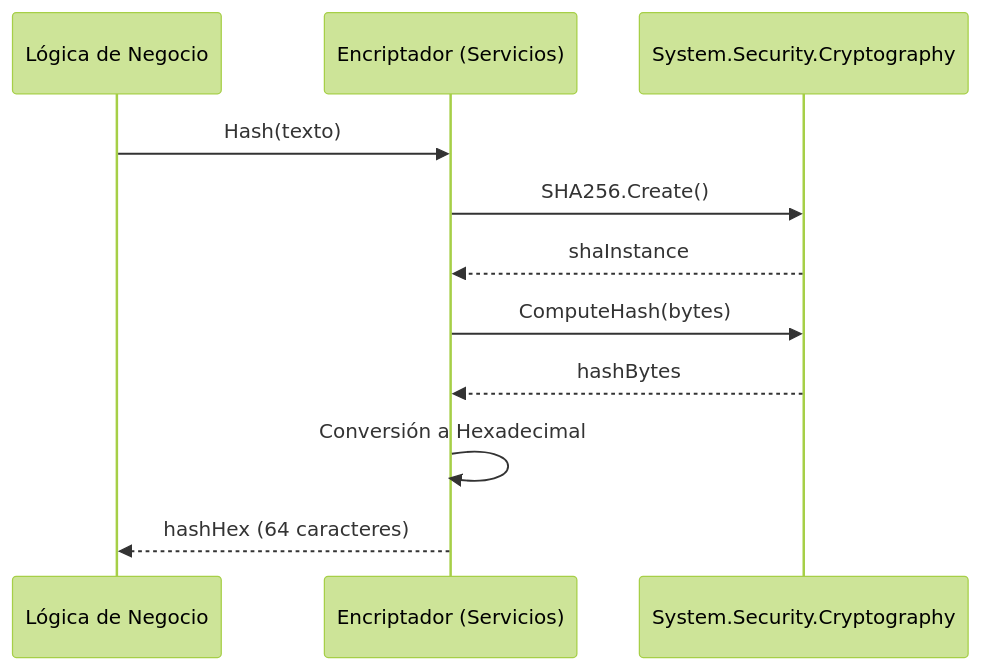
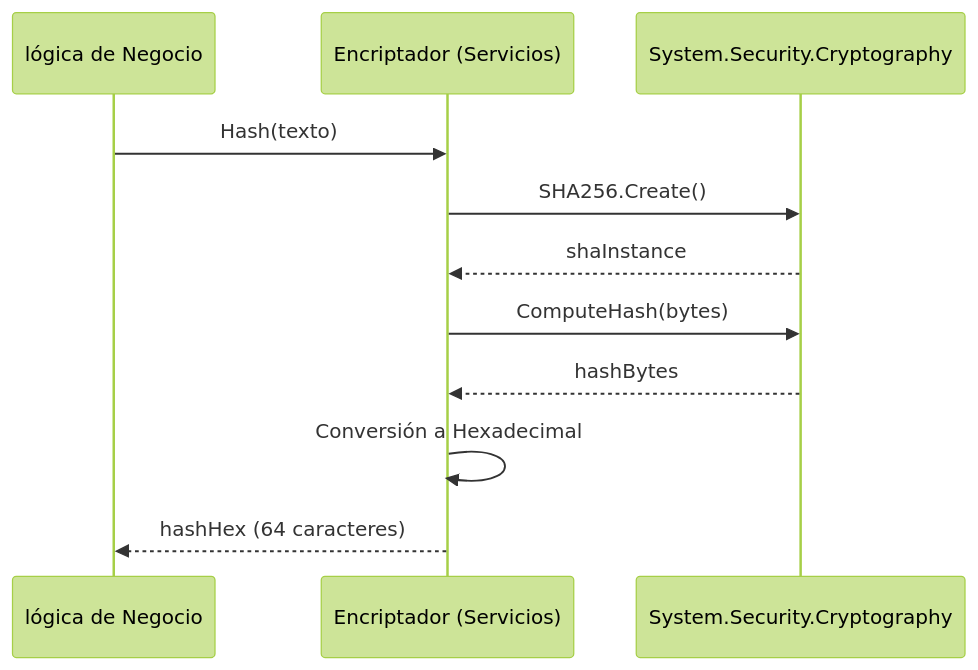
Diagram 11 of 14 in Documentacion/Carpeta_Documentacion.md (condenl/Trabajo-Practico-Final), drawn with Mermaid (forest theme) before and after one commit. The commit also changed other lines of this file and 9 other files, not shown here.

````diff
--- a/Documentacion/Carpeta_Documentacion.md
+++ b/Documentacion/Carpeta_Documentacion.md
@@ -2330,14 +2461,14 @@
 ```mermaid
 sequenceDiagram
-    participant BLL as Lógica de Negocio
+    participant BLL as lógica de Negocio
     participant Enc as Encriptador (Servicios)
     participant Lib as System.Security.Cryptography
 
     BLL->>Enc: Hash(texto)
     Enc->>Lib: SHA256.Create()
     Lib-->>Enc: shaInstance
     Enc->>Lib: ComputeHash(bytes)
     Lib-->>Enc: hashBytes
     Enc->>Enc: Conversión a Hexadecimal
     Enc-->>BLL: hashHex (64 caracteres)
 ```
````
